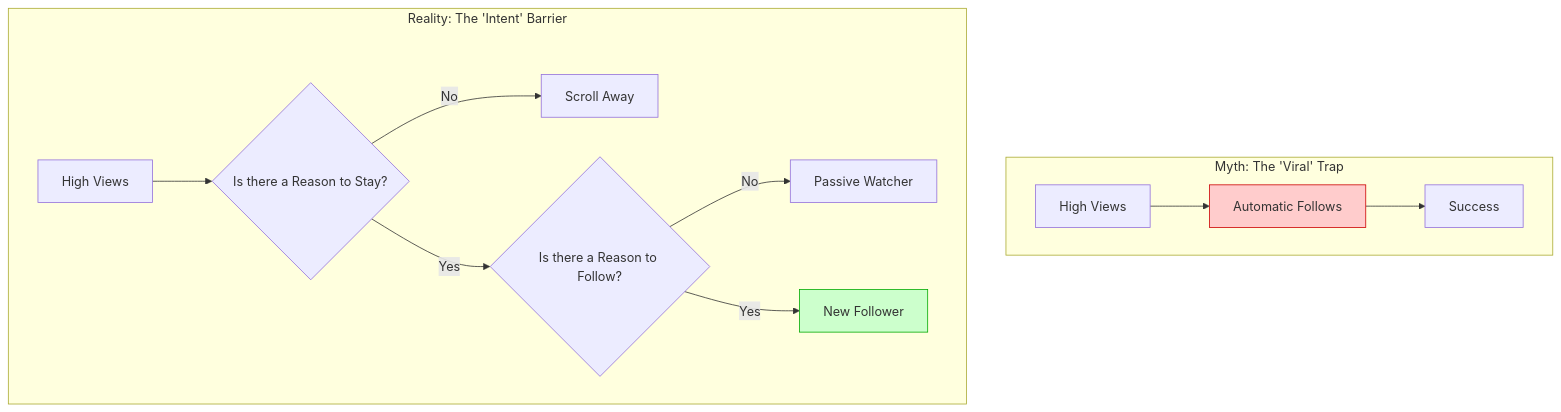
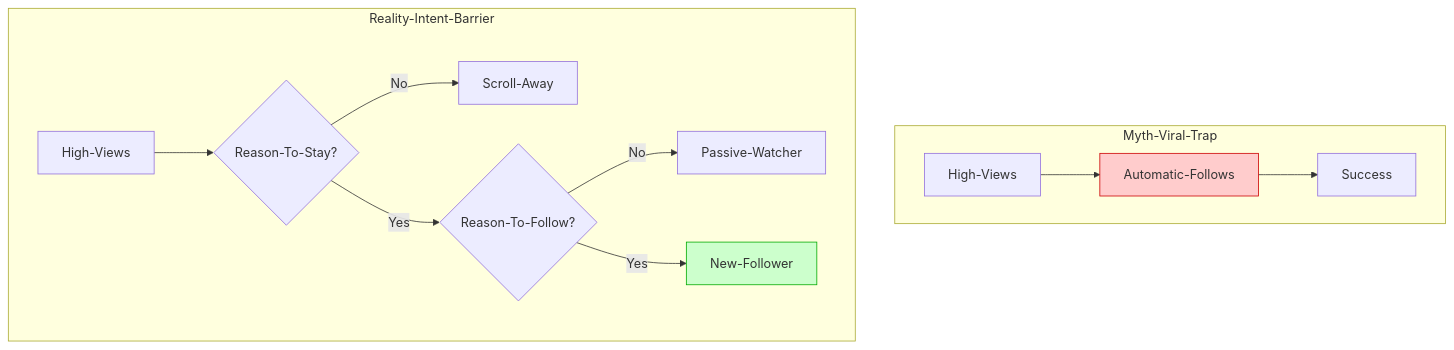
One commit to littl3-boat/ttwise changed the diagram in data/blog/tiktok-live-follower-conversion-myths-2026.mdx. Above: the diagram before and after it, drawn with Mermaid. The commit also changed 35 other files, not shown here.

First line of the commit message:
feat: fix Mermaid diagram syntax across blog posts and add new Reddit-sourced blog entries

````diff
--- a/data/blog/tiktok-live-follower-conversion-myths-2026.mdx
+++ b/data/blog/tiktok-live-follower-conversion-myths-2026.mdx
@@ -22,16 +22,16 @@
 ```mermaid
-graph TD
-    subgraph "Myth: The 'Viral' Trap"
-        A[High Views] --> B[Automatic Follows]
+flowchart TD
+    subgraph Myth-Viral-Trap
+        A[High-Views] --> B[Automatic-Follows]
         B --> C[Success]
     end
-    subgraph "Reality: The 'Intent' Barrier"
-        D[High Views] --> E{Is there a Reason to Stay?}
-        E -->|No| F[Scroll Away]
-        E -->|Yes| G{Is there a Reason to Follow?}
-        G -->|No| H[Passive Watcher]
-        G -->|Yes| I[New Follower]
+    subgraph Reality-Intent-Barrier
+        D[High-Views] --> E{Reason-To-Stay?}
+        E -- No --> F[Scroll-Away]
+        E -- Yes --> G{Reason-To-Follow?}
+        G -- No --> H[Passive-Watcher]
+        G -- Yes --> I[New-Follower]
     end
     style B fill:#ffcccc,stroke:#cc0000
     style I fill:#ccffcc,stroke:#00aa00
 ```
````
